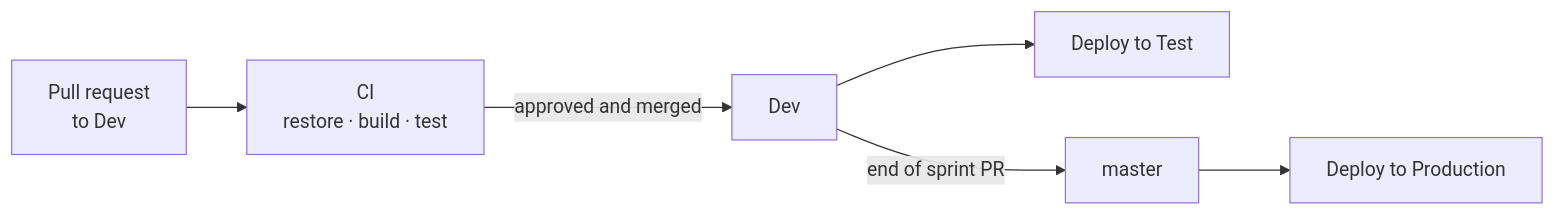
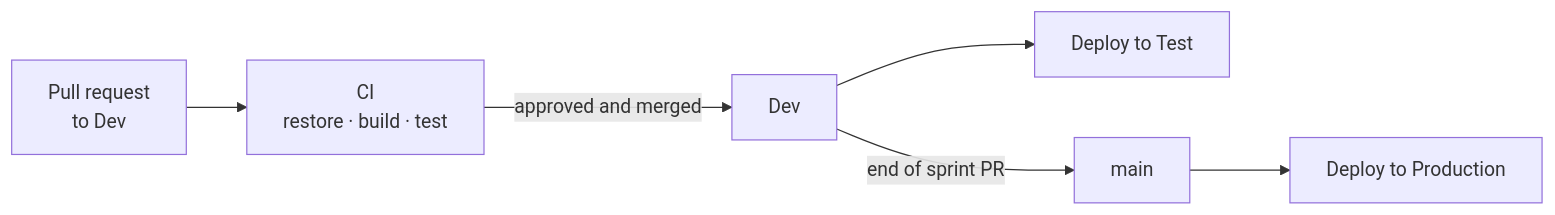
One commit to LMS-Grupp-1/LMS changed the diagram in docs/deployment.md. Above: the diagram before and after it, drawn with Mermaid. The commit also changed other lines of this file, not shown here.

````diff
--- a/docs/deployment.md
+++ b/docs/deployment.md
@@ -26,8 +26,8 @@
 ```mermaid
 flowchart LR
     PR["Pull request<br/>to Dev"] --> CI["CI<br/>restore · build · test"]
     CI -->|approved and merged| DEV["Dev"]
     DEV --> TEST["Deploy to Test"]
-    DEV -->|end of sprint PR| MASTER["master"]
-    MASTER --> PROD["Deploy to Production"]
+    DEV -->|end of sprint PR| MAIN["main"]
+    MAIN --> PROD["Deploy to Production"]
 ```
````
